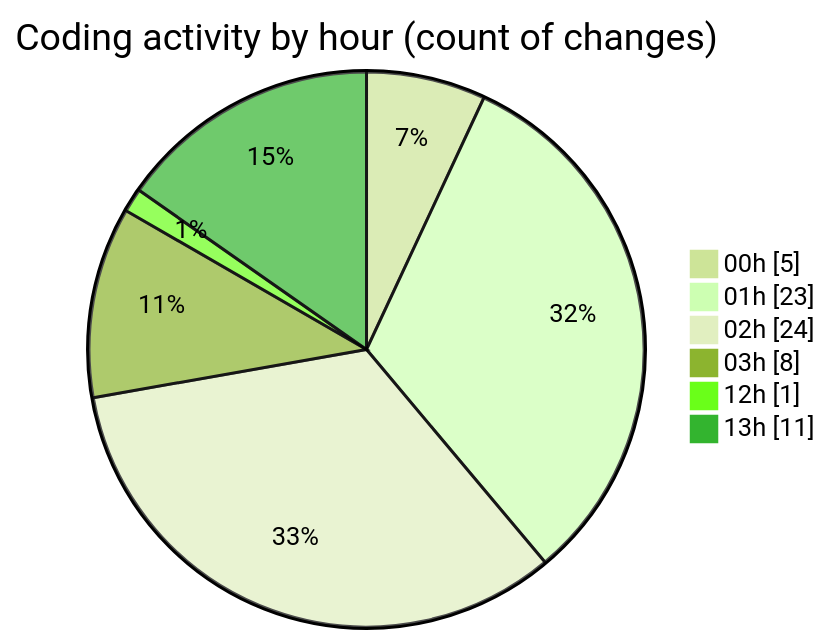
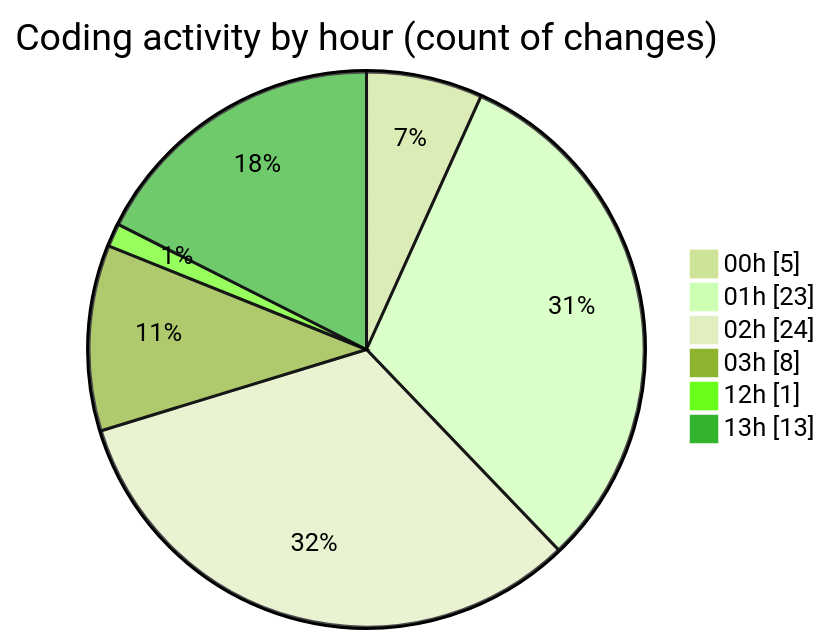
One commit to julien-gomy/code-tracking changed the second of 2 diagrams in 2025-11-06/usr_aleoudev_fr__workspace_/README.md. Above: the diagram before and after it, drawn with Mermaid (forest theme). The commit also changed other lines of this file and 1 other file, not shown here.

````diff
--- a/2025-11-06/usr_aleoudev_fr__workspace_/README.md
+++ b/2025-11-06/usr_aleoudev_fr__workspace_/README.md
@@ -33,10 +33,10 @@
 ```mermaid
 pie showData
 title Coding activity by hour (count of changes)
 "00h" : 5
 "01h" : 23
 "02h" : 24
 "03h" : 8
 "12h" : 1
-"13h" : 11
+"13h" : 13
 ```
````
